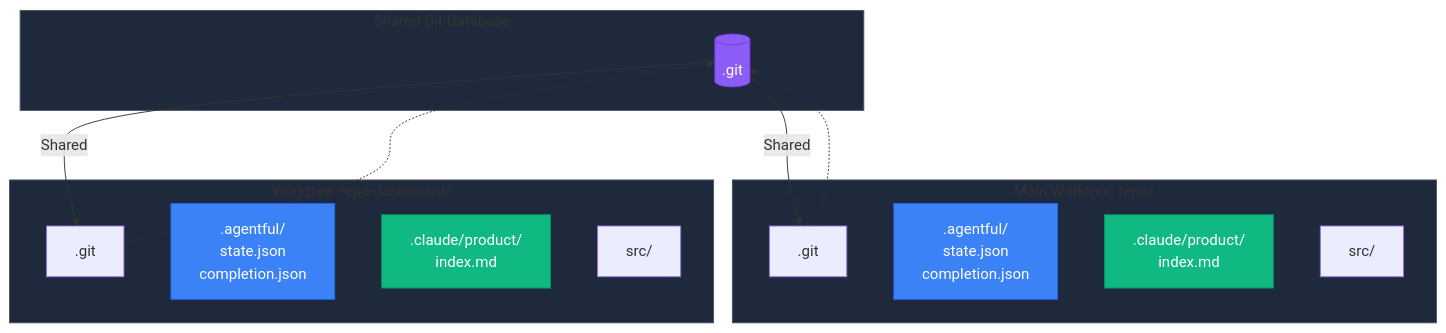
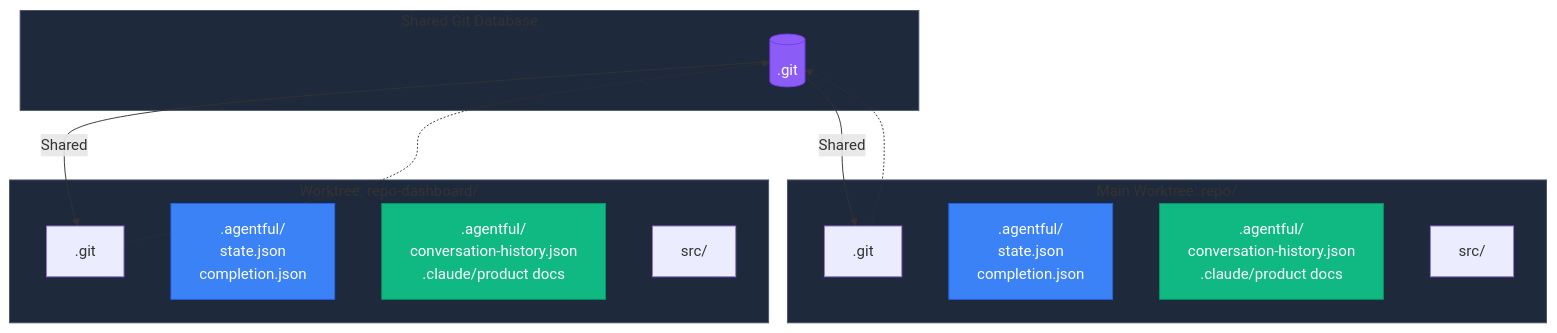
One commit to itz4blitz/agentful changed the diagram in docs/pages/concepts/git-worktrees.mdx. Above: the diagram before and after it, drawn with Mermaid. The commit also changed other lines of this file and 378 other files, not shown here.

````diff
--- a/docs/pages/concepts/git-worktrees.mdx
+++ b/docs/pages/concepts/git-worktrees.mdx
@@ -22,34 +22,34 @@
 ```mermaid
 graph TB
     subgraph SharedGit[Shared Git Database]
         GitDB[(.git)]
     end
 
     subgraph MainWT[Main Worktree: repo/]
         MainGit[.git] -.-> GitDB
         MainState[.agentful/<br/>state.json<br/>completion.json]
-        MainSpec[.claude/product/<br/>index.md]
+        MainContext[.agentful/<br/>conversation-history.json<br/>.claude/product docs]
         MainSrc[src/]
 
         style MainState fill:#3b82f6,stroke:#2563eb,color:#fff
-        style MainSpec fill:#10b981,stroke:#059669,color:#fff
+        style MainContext fill:#10b981,stroke:#059669,color:#fff
     end
 
     subgraph DashWT[Worktree: repo-dashboard/]
         DashGit[.git] -.-> GitDB
         DashState[.agentful/<br/>state.json<br/>completion.json]
-        DashSpec[.claude/product/<br/>index.md]
+        DashContext[.agentful/<br/>conversation-history.json<br/>.claude/product docs]
         DashSrc[src/]
 
         style DashState fill:#3b82f6,stroke:#2563eb,color:#fff
-        style DashSpec fill:#10b981,stroke:#059669,color:#fff
+        style DashContext fill:#10b981,stroke:#059669,color:#fff
     end
 
     GitDB -->|Shared| MainGit
     GitDB -->|Shared| DashGit
 
     style GitDB fill:#8b5cf6,stroke:#7c3aed,color:#fff
     style SharedGit fill:#1e293b,stroke:#475569
     style MainWT fill:#1e293b,stroke:#475569
     style DashWT fill:#1e293b,stroke:#475569
 ```
````
